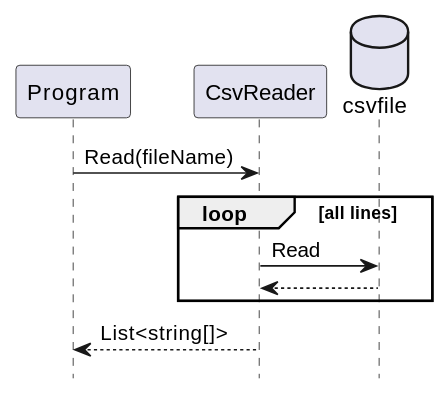
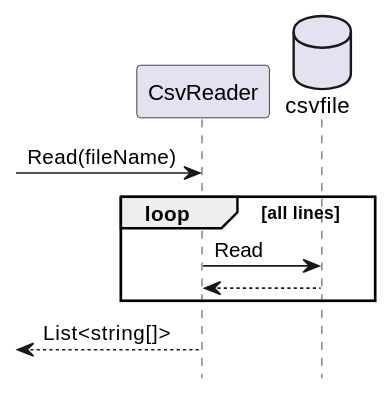
The second of 2 diagrams in docfx_project/index.md (cointoss1973/SimpleCsvReader), drawn with PlantUML before and after one commit. The commit also changed other lines of this file and 3 other files, not shown here.

````diff
--- a/docfx_project/index.md
+++ b/docfx_project/index.md
@@ -23,15 +25,14 @@
 ```plantuml
 @startuml
 skinparam shadowing false
 hide footbox
-participant Program as User
 participant CsvReader as reader
 database csvfile
-User -> reader : Read(fileName)
+[-> reader : Read(fileName)
 loop all lines 
 reader -> csvfile : Read
 reader <-- csvfile
 end
-User <-- reader : List<string[]>
+[<-- reader : List<string[]>
 @enduml
 ```
````
